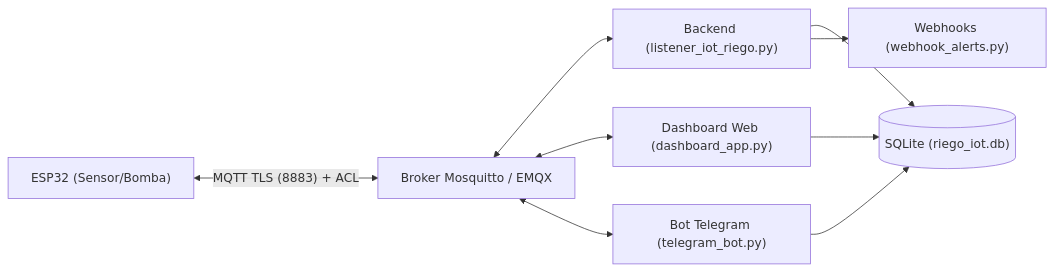
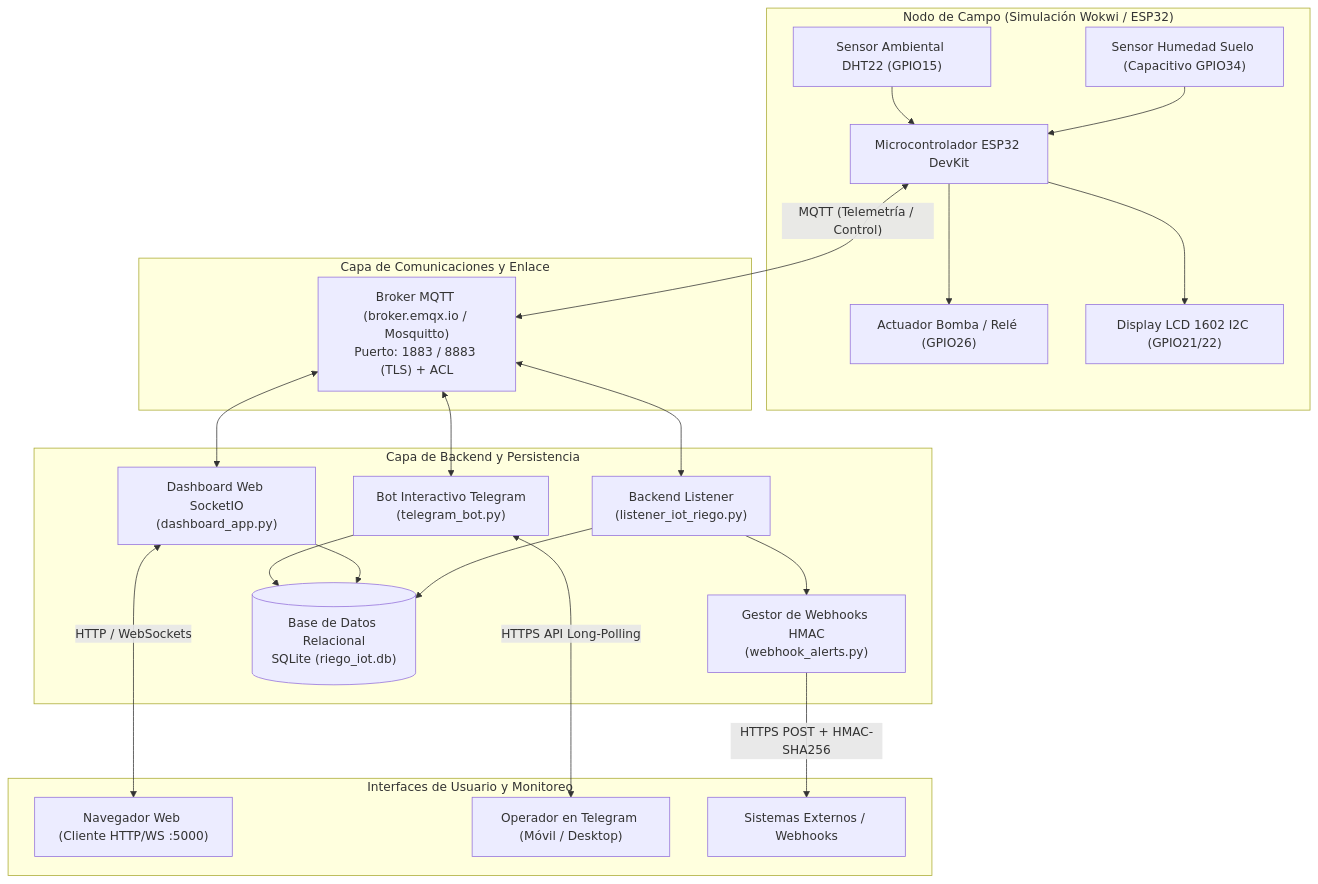
Before and after one commit to juan-marin192/sistema_riego_iot: the diagram in README.md, drawn with Mermaid. The commit also changed other lines of this file, not shown here.

````diff
--- a/README.md
+++ b/README.md
@@ -15,12 +30,46 @@
 ```mermaid
-flowchart LR
-    ESP["ESP32 (Sensor/Bomba)"] <-->|"MQTT TLS (8883) + ACL"| Broker["Broker Mosquitto / EMQX"]
-    Broker <--> Listener["Backend (listener_iot_riego.py)"]
-    Broker <--> Dashboard["Dashboard Web (dashboard_app.py)"]
-    Broker <--> Bot["Bot Telegram (telegram_bot.py)"]
-    
-    Listener --> DB[("SQLite (riego_iot.db)")]
-    Dashboard --> DB
-    Bot --> DB
-    Listener --> Webhooks["Webhooks (webhook_alerts.py)"]
+flowchart TD
+    subgraph Edge["Nodo de Campo (Simulación Wokwi / ESP32)"]
+        SensHum["Sensor Humedad Suelo (Capacitivo GPIO34)"]
+        SensDHT["Sensor Ambiental DHT22 (GPIO15)"]
+        ActBomba["Actuador Bomba / Relé (GPIO26)"]
+        PantallaLCD["Display LCD 1602 I2C (GPIO21/22)"]
+        ESP32["Microcontrolador ESP32 DevKit"]
+        SensHum --> ESP32
+        SensDHT --> ESP32
+        ESP32 --> ActBomba
+        ESP32 --> PantallaLCD
+    end
+
+    subgraph Middleware["Capa de Comunicaciones y Enlace"]
+        Broker["Broker MQTT (broker.emqx.io / Mosquitto)\nPuerto: 1883 / 8883 (TLS) + ACL"]
+    end
+
+    subgraph Servidores["Capa de Backend y Persistencia"]
+        Listener["Backend Listener\n(listener_iot_riego.py)"]
+        Dashboard["Dashboard Web SocketIO\n(dashboard_app.py)"]
+        BotTG["Bot Interactivo Telegram\n(telegram_bot.py)"]
+        WHManager["Gestor de Webhooks HMAC\n(webhook_alerts.py)"]
+        BD[("Base de Datos Relacional\nSQLite (riego_iot.db)")]
+    end
+
+    subgraph Clientes["Interfaces de Usuario y Monitoreo"]
+        Navegador["Navegador Web (Cliente HTTP/WS :5000)"]
+        UsuarioTG["Operador en Telegram (Móvil / Desktop)"]
+        EndpointWH["Sistemas Externos / Webhooks"]
+    end
+
+    ESP32 <-->|"MQTT (Telemetría / Control)"| Broker
+    Broker <--> Listener
+    Broker <--> Dashboard
+    Broker <--> BotTG
+
+    Listener --> BD
+    Dashboard --> BD
+    BotTG --> BD
+    Listener --> WHManager
+
+    Dashboard <-->|"HTTP / WebSockets"| Navegador
+    BotTG <-->|"HTTPS API Long-Polling"| UsuarioTG
+    WHManager -->|"HTTPS POST + HMAC-SHA256"| EndpointWH
 ```
````
